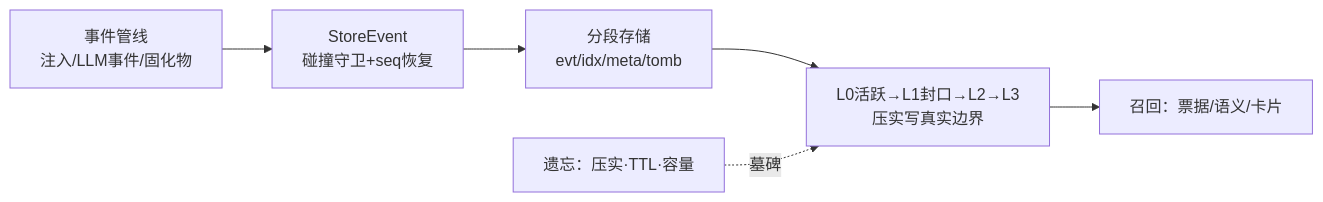
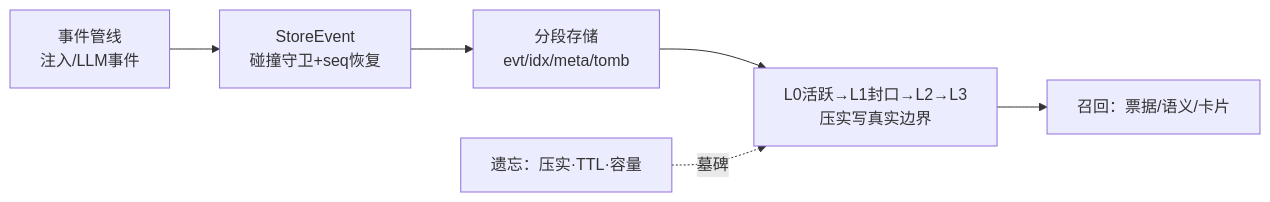
Before and after one commit to SpellingDragon/tagent: the fourth of 5 diagrams in README.md, drawn with Mermaid. The commit also changed other lines of this file and 59 other files, not shown here.

````diff
--- a/README.md
+++ b/README.md
@@ -149,8 +148,8 @@
 ```mermaid
 graph LR
-    P["事件管线<br/>注入/LLM事件/固化物"] --> W["StoreEvent<br/>碰撞守卫+seq恢复"]
+    P["事件管线<br/>注入/LLM事件"] --> W["StoreEvent<br/>碰撞守卫+seq恢复"]
     W --> S["分段存储<br/>evt/idx/meta/tomb"]
     S --> L["L0活跃→L1封口→L2→L3<br/>压实写真实边界"]
     L --> R["召回：票据/语义/卡片"]
     F["遗忘：压实·TTL·容量"] -.墓碑.-> L
 ```
````
